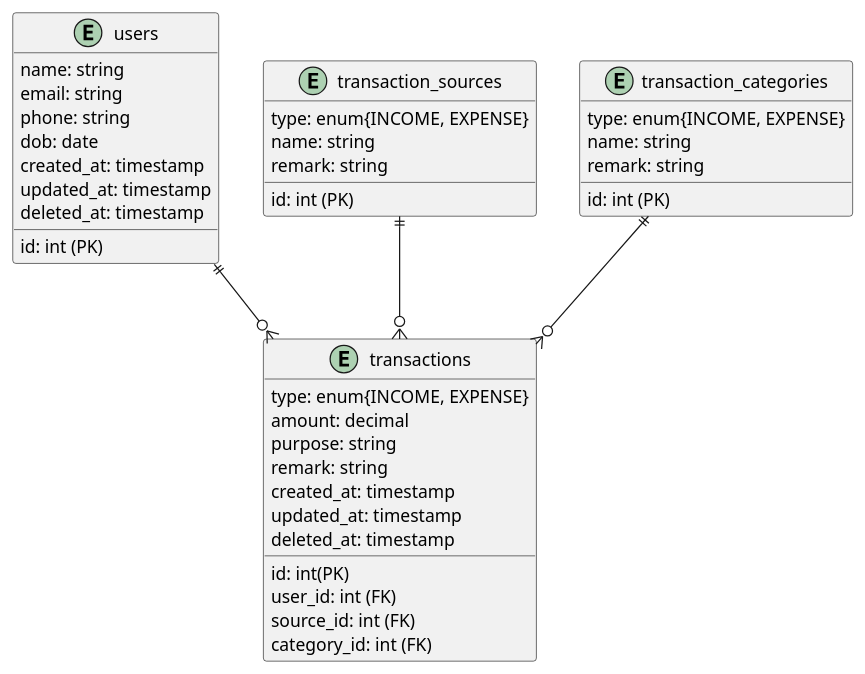
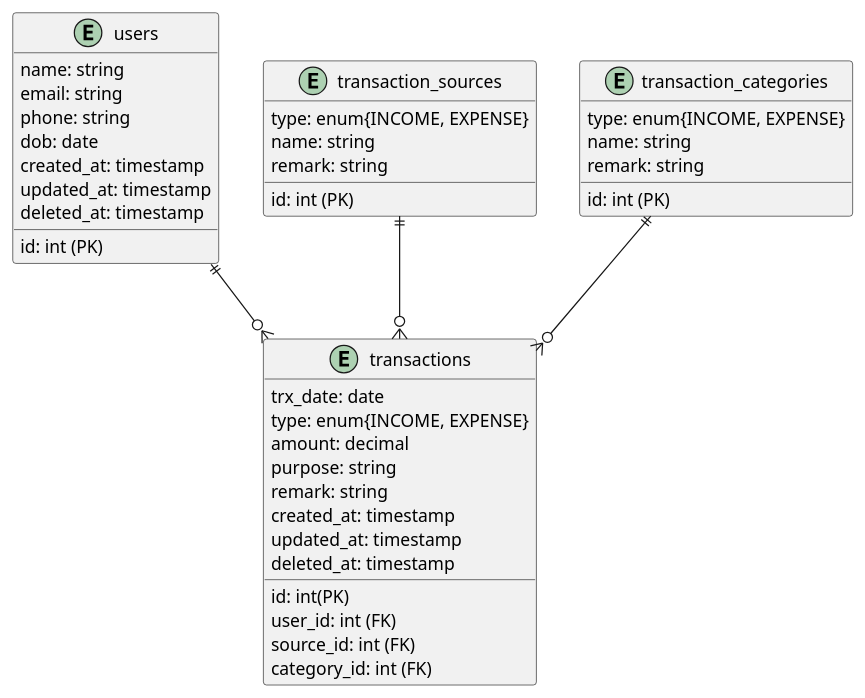
Before and after one commit to ertantorizkyf/money-tracker-go: the diagram in erd.puml, drawn with PlantUML. The commit also changed 23 other files, not shown here.

```diff
--- a/erd.puml
+++ b/erd.puml
@@ -1,48 +1,49 @@
 @startuml ERD
 
 ' ENTITIES
 entity users {
     id: int (PK)
     name: string
     email: string
     phone: string
     dob: date
     created_at: timestamp
     updated_at: timestamp
     deleted_at: timestamp
 }
 
 entity transactions {
     id: int(PK)
+    trx_date: date
     type: enum{INCOME, EXPENSE}
     user_id: int (FK)
     source_id: int (FK)
     category_id: int (FK)
     amount: decimal
     purpose: string
     remark: string
     created_at: timestamp
     updated_at: timestamp
     deleted_at: timestamp
 }
 
 entity transaction_sources {
     id: int (PK)
     type: enum{INCOME, EXPENSE}
     name: string
     remark: string
 }
 
 entity transaction_categories {
     id: int (PK)
     type: enum{INCOME, EXPENSE}
     name: string
     remark: string
 }
 
 ' RELATIONSHIPS
 users ||--o{ transactions
 transaction_sources ||--o{ transactions
 transaction_categories ||--o{ transactions
 
 @enduml
```
